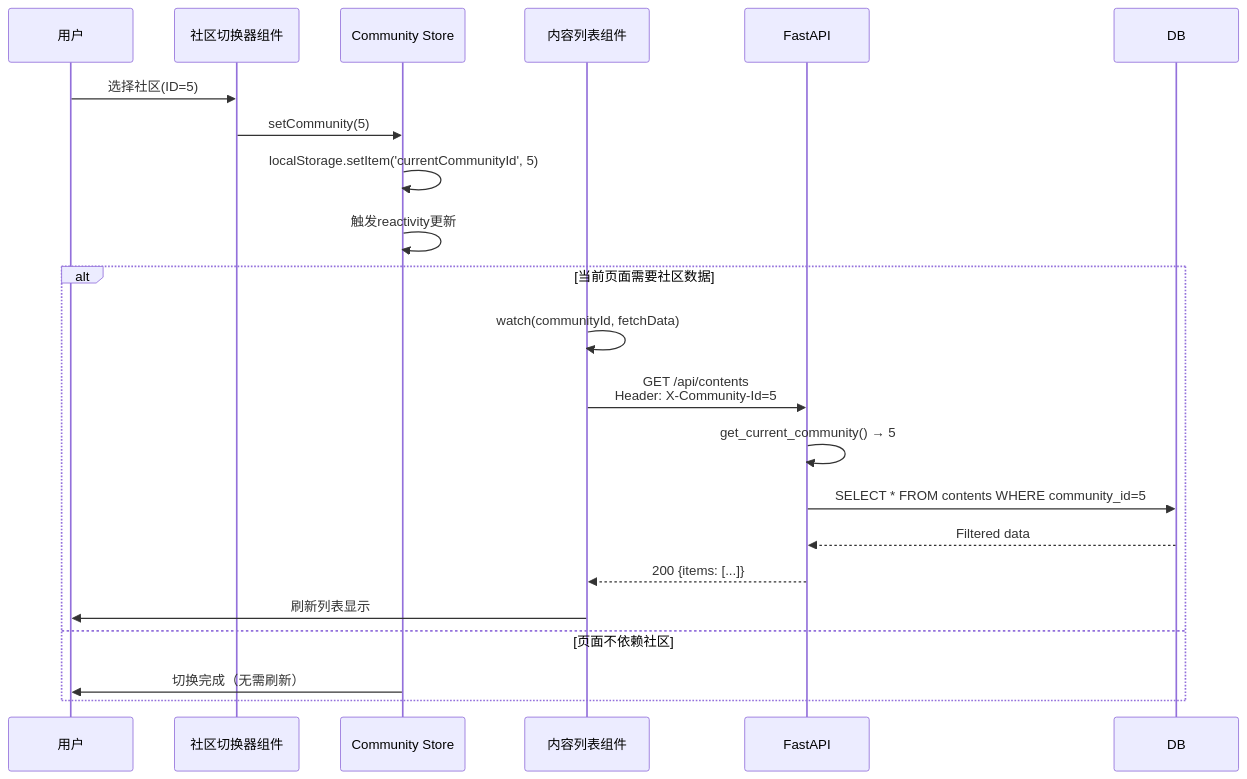
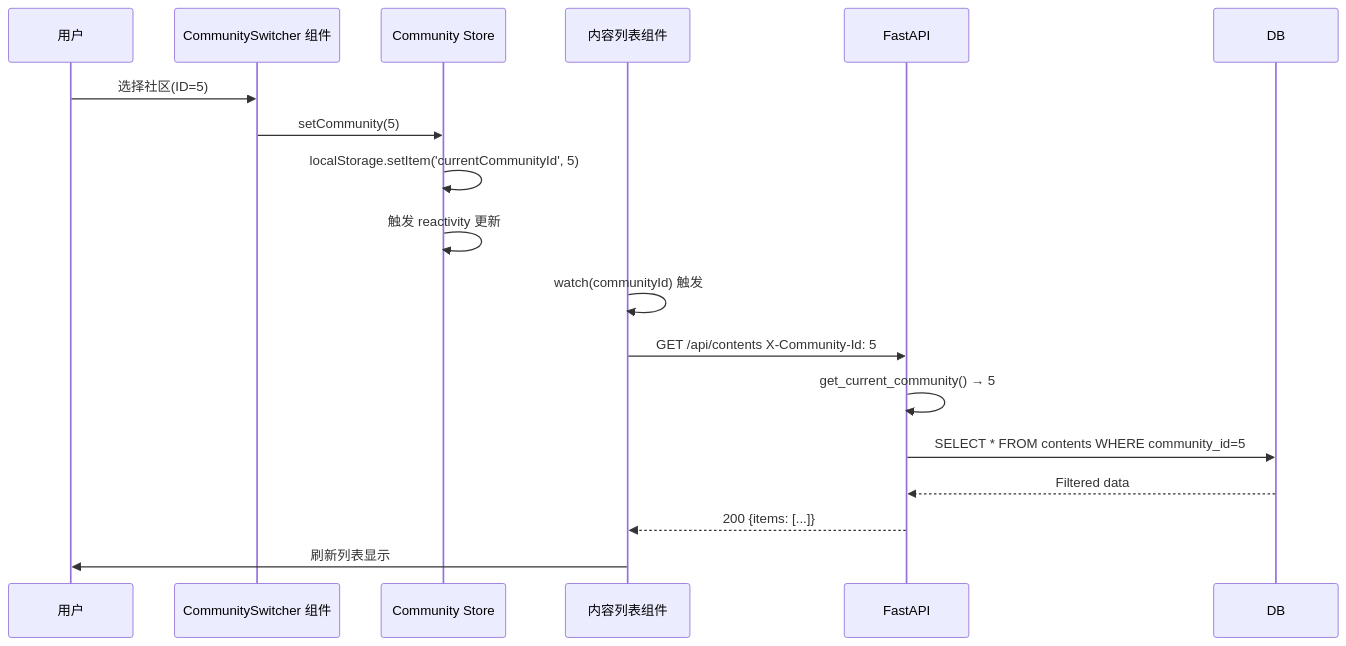
Before and after one commit to ZhengZhenyu/omnicontent: the sixth of 17 diagrams in docs/uml/01-类图与时序图.md, drawn with Mermaid. The commit also changed other lines of this file and 15 other files, not shown here.

````diff
--- a/docs/uml/01-类图与时序图.md
+++ b/docs/uml/01-类图与时序图.md
@@ -267,26 +384,21 @@
 ```mermaid
 sequenceDiagram
     participant User as 用户
-    participant Switcher as 社区切换器组件
+    participant Switcher as CommunitySwitcher 组件
     participant Store as Community Store
     participant ContentList as 内容列表组件
     participant API as FastAPI
 
     User->>Switcher: 选择社区(ID=5)
     Switcher->>Store: setCommunity(5)
     Store->>Store: localStorage.setItem('currentCommunityId', 5)
+    Store->>Store: 触发 reactivity 更新
 
-    Store->>Store: 触发reactivity更新
-
-    alt 当前页面需要社区数据
-        ContentList->>ContentList: watch(communityId, fetchData)
-        ContentList->>API: GET /api/contents<br/>Header: X-Community-Id=5
-        API->>API: get_current_community() → 5
-        API->>DB: SELECT * FROM contents WHERE community_id=5
-        DB-->>API: Filtered data
-        API-->>ContentList: 200 {items: [...]}
-        ContentList->>User: 刷新列表显示
-    else 页面不依赖社区
-        Store->>User: 切换完成（无需刷新）
-    end
+    ContentList->>ContentList: watch(communityId) 触发
+    ContentList->>API: GET /api/contents  X-Community-Id: 5
+    API->>API: get_current_community() → 5
+    API->>DB: SELECT * FROM contents WHERE community_id=5
+    DB-->>API: Filtered data
+    API-->>ContentList: 200 {items: [...]}
+    ContentList->>User: 刷新列表显示
 ```
````
